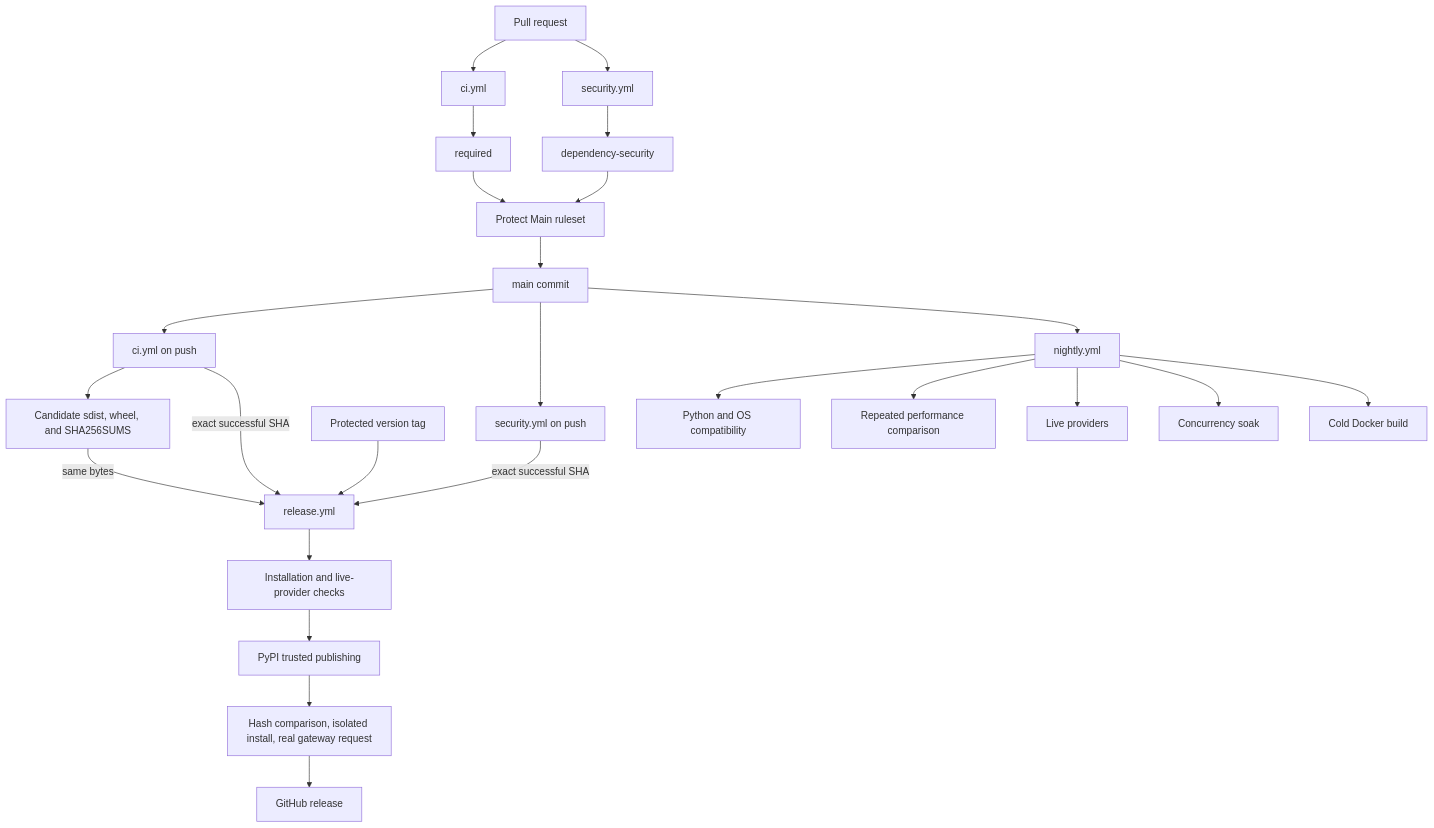
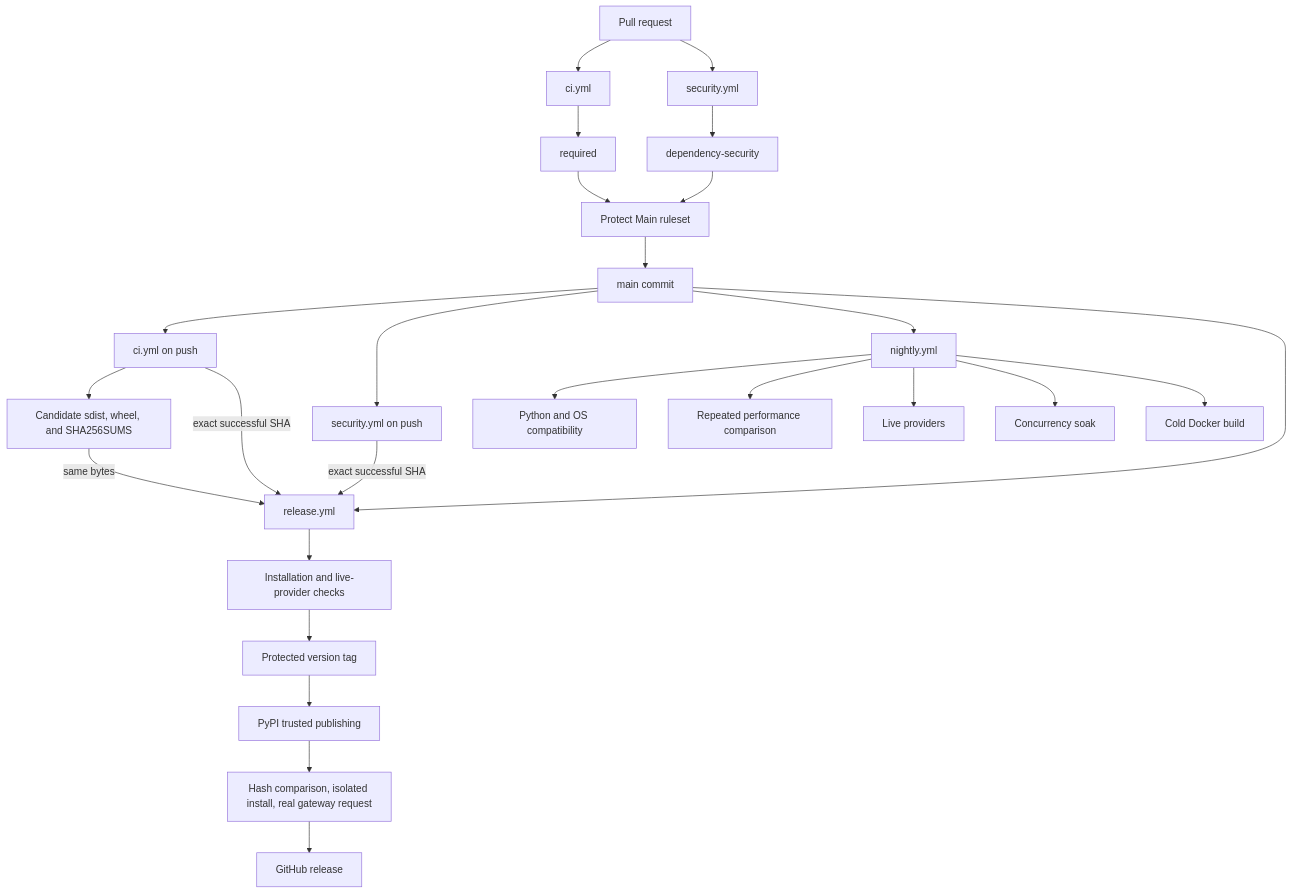
Before and after one commit to michel-tricot/airmux: the first of 2 diagrams in notes/design/CI.md, drawn with Mermaid. The commit also changed other lines of this file, not shown here.

````diff
--- a/notes/design/CI.md
+++ b/notes/design/CI.md
@@ -23,30 +23,31 @@
 ```mermaid
 flowchart TB
     pr[Pull request] --> pr_ci[ci.yml]
     pr --> pr_security[security.yml]
     pr_ci --> required[required]
     pr_security --> dependency_security[dependency-security]
     required --> ruleset[Protect Main ruleset]
     dependency_security --> ruleset
     ruleset --> main[main commit]
 
     main --> main_ci[ci.yml on push]
     main --> main_security[security.yml on push]
     main --> nightly[nightly.yml]
     main_ci --> main_candidate[Candidate sdist, wheel, and SHA256SUMS]
 
-    tag[Protected version tag] --> release[release.yml]
+    main --> release[release.yml]
     main_ci -->|exact successful SHA| release
     main_security -->|exact successful SHA| release
     main_candidate -->|same bytes| release
     release --> prepublish[Installation and live-provider checks]
-    prepublish --> pypi[PyPI trusted publishing]
+    prepublish --> tag[Protected version tag]
+    tag --> pypi[PyPI trusted publishing]
     pypi --> registry_check[Hash comparison, isolated install, real gateway request]
     registry_check --> github_release[GitHub release]
 
     nightly --> compatibility[Python and OS compatibility]
     nightly --> performance[Repeated performance comparison]
     nightly --> providers[Live providers]
     nightly --> soak[Concurrency soak]
     nightly --> cold_docker[Cold Docker build]
 ```
````
